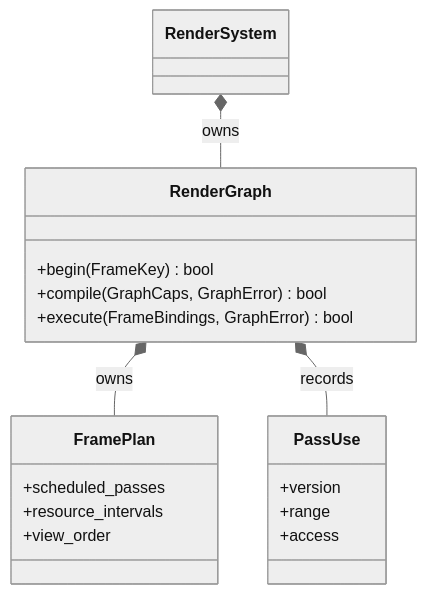
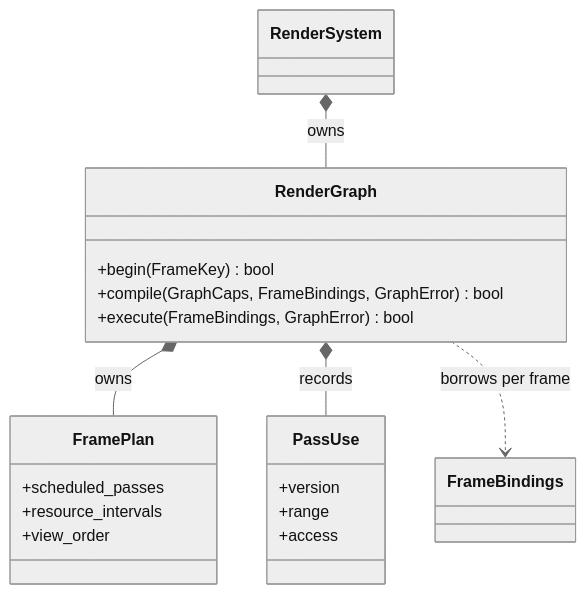
One commit to lcgamedevelop/Engine changed the first of 2 diagrams in docs/runtime/class-diagrams/render-graph.md. Above: the diagram before and after it, drawn with Mermaid (neutral theme). The commit also changed other lines of this file, not shown here.

Commit message:
docs: define render graph binding and failure contracts

````diff
--- a/docs/runtime/class-diagrams/render-graph.md
+++ b/docs/runtime/class-diagrams/render-graph.md
@@ -15,23 +15,25 @@
 ```mermaid
 classDiagram
 direction TB
 class RenderSystem
 class RenderGraph {
   +begin(FrameKey) bool
-  +compile(GraphCaps, GraphError) bool
+  +compile(GraphCaps, FrameBindings, GraphError) bool
   +execute(FrameBindings, GraphError) bool
 }
 class FramePlan {
   +scheduled_passes
   +resource_intervals
   +view_order
 }
 class PassUse {
   +version
   +range
   +access
 }
+class FrameBindings
 RenderSystem *-- RenderGraph : owns
 RenderGraph *-- FramePlan : owns
 RenderGraph *-- PassUse : records
+RenderGraph ..> FrameBindings : borrows per frame
 ```
````
